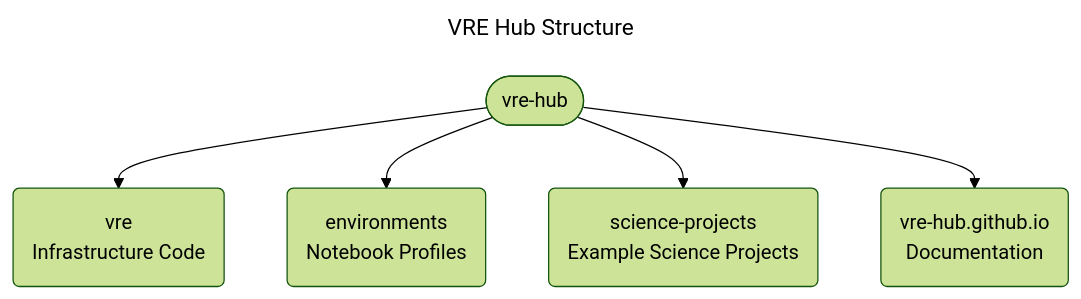
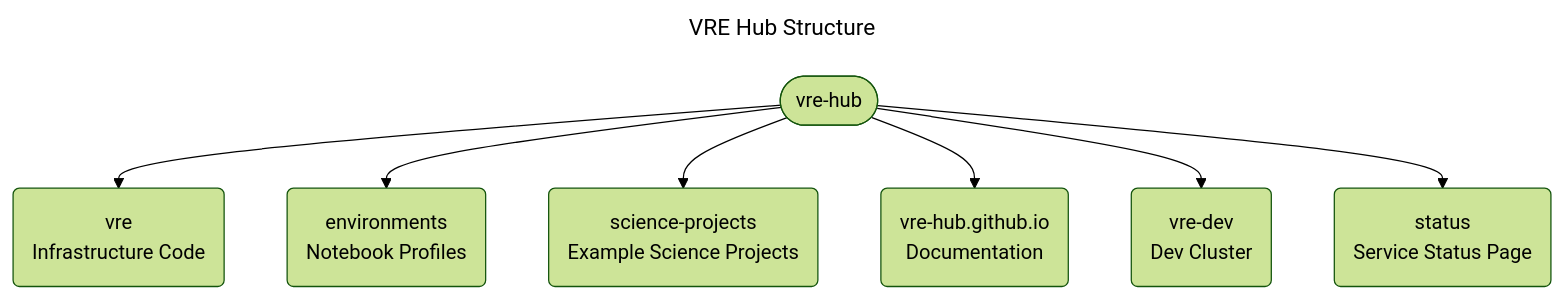
Before and after one commit to vre-hub/.github: the diagram in profile/README.md, drawn with Mermaid (forest theme).

Commit message:
Update README.md
add two new repos to graph

````diff
--- a/profile/README.md
+++ b/profile/README.md
@@ -5,10 +5,12 @@
 ```mermaid
 ---
 title: VRE Hub Structure
 ---
 graph TD;
     id1([vre-hub])-->id2(vre<br>Infrastructure Code);
     id1([vre-hub])-->id3(environments<br>Notebook Profiles);
     id1([vre-hub])-->id4(science-projects<br>Example Science Projects);
-    id1([vre-hub])-->id5(vre-hub.github.io<br>Documentation);  
+    id1([vre-hub])-->id5(vre-hub.github.io<br>Documentation);
+    id1([vre-hub])-->id6(vre-dev<br>Dev Cluster);
+    id1([vre-hub])-->id7(status<br>Service Status Page);    
 ```
````
